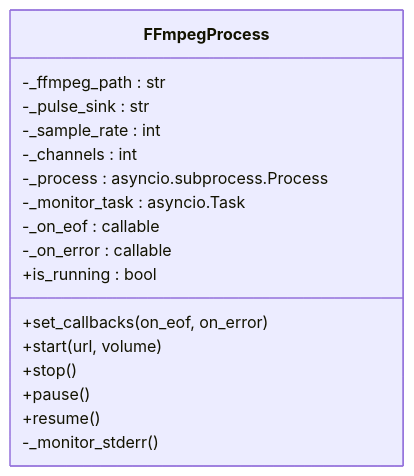
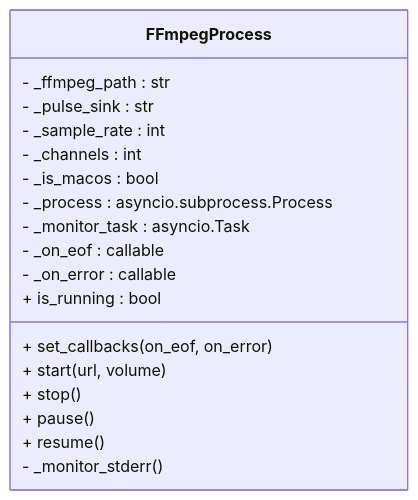
Before and after one commit to GhoulOwl/Teamspeak3_Bot: the third of 7 diagrams in .qoder/repowiki/zh/content/音乐播放系统/FFmpeg集成.md, drawn with Mermaid. The commit also changed other lines of this file and 7 other files, not shown here.

````diff
--- a/.qoder/repowiki/zh/content/音乐播放系统/FFmpeg集成.md
+++ b/.qoder/repowiki/zh/content/音乐播放系统/FFmpeg集成.md
@@ -171,20 +154,21 @@
 ```mermaid
 classDiagram
 class FFmpegProcess {
--_ffmpeg_path : str
--_pulse_sink : str
--_sample_rate : int
--_channels : int
--_process : asyncio.subprocess.Process
--_monitor_task : asyncio.Task
--_on_eof : callable
--_on_error : callable
-+is_running : bool
-+set_callbacks(on_eof, on_error)
-+start(url, volume)
-+stop()
-+pause()
-+resume()
--_monitor_stderr()
+- _ffmpeg_path : str
+- _pulse_sink : str
+- _sample_rate : int
+- _channels : int
+- _is_macos : bool
+- _process : asyncio.subprocess.Process
+- _monitor_task : asyncio.Task
+- _on_eof : callable
+- _on_error : callable
++ is_running : bool
++ set_callbacks(on_eof, on_error)
++ start(url, volume)
++ stop()
++ pause()
++ resume()
+- _monitor_stderr()
 }
 ```
````
